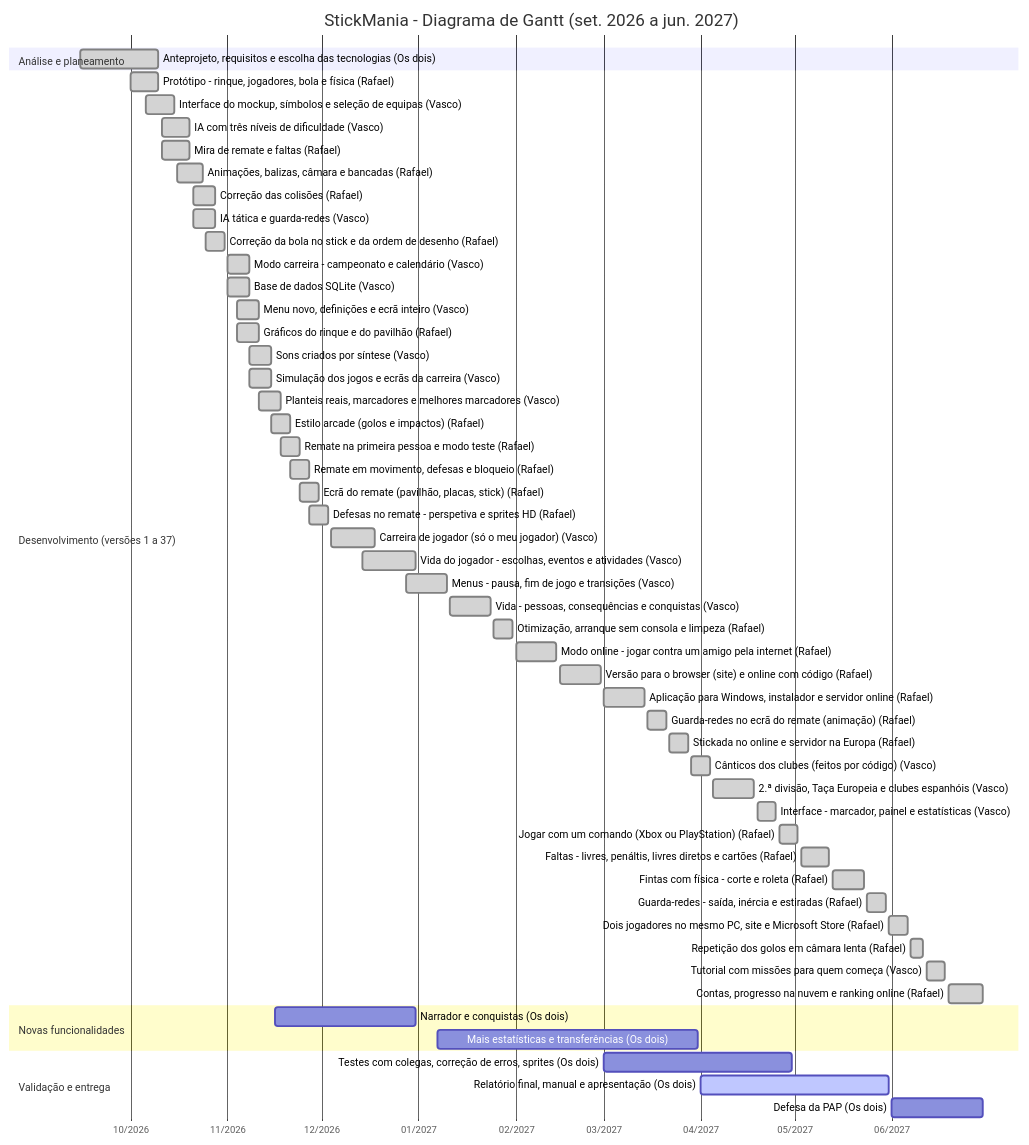
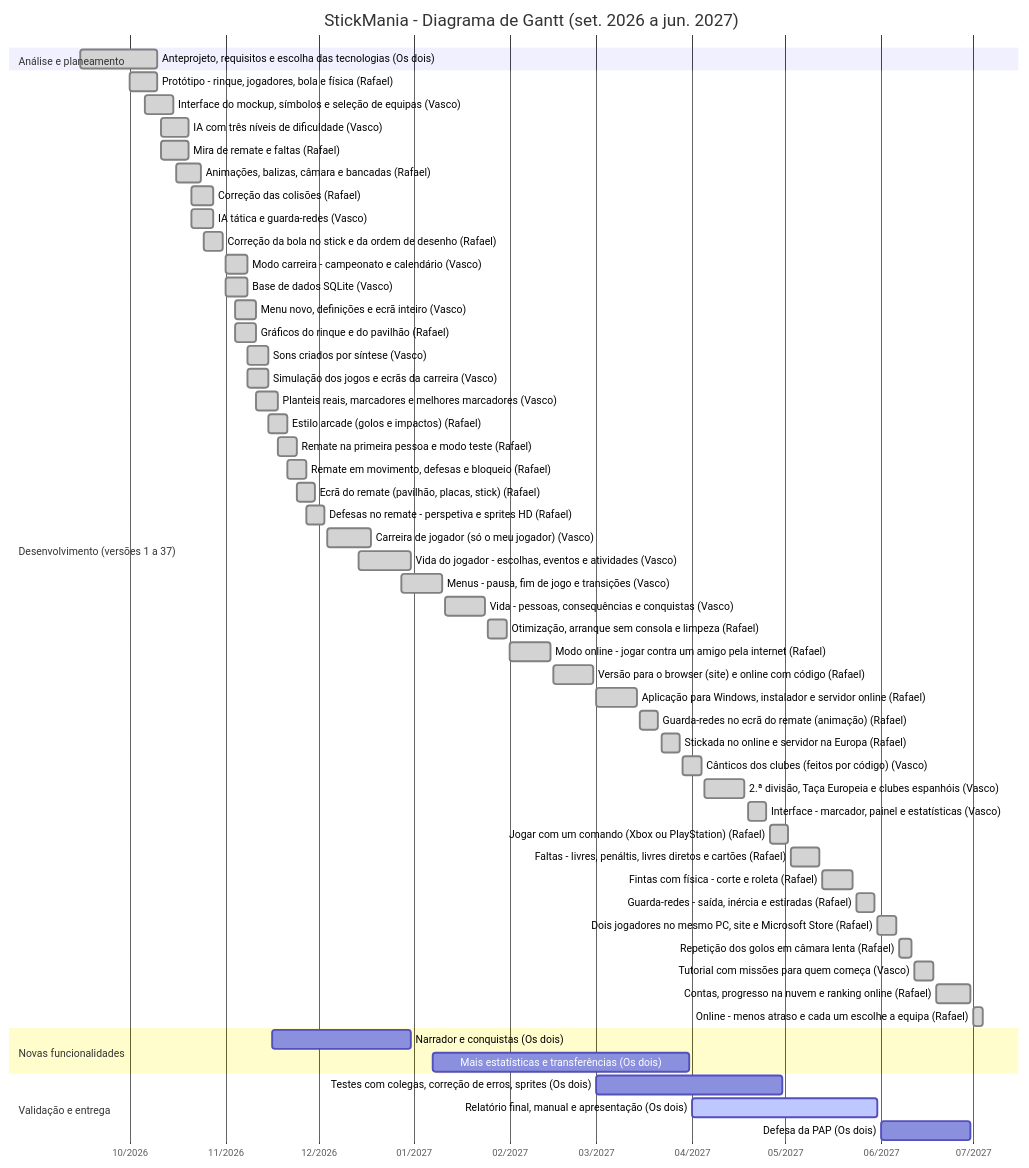
One commit to RafaelSilveira23/Stickmaniapap changed the diagram in docs/GANTT.md. Above: the diagram before and after it, drawn with Mermaid. The commit also changed other lines of this file and 18 other files, not shown here.

Commit message:
v42: menos atraso no online (TCP_NODELAY) e cada jogador escolhe a sua equipa

````diff
--- a/docs/GANTT.md
+++ b/docs/GANTT.md
@@ -13,59 +13,60 @@
 ```mermaid
 gantt
     title StickMania - Diagrama de Gantt (set. 2026 a jun. 2027)
     dateFormat YYYY-MM-DD
     axisFormat %m/%Y
     tickInterval 1month
     todayMarker off
     section Análise e planeamento
     Anteprojeto, requisitos e escolha das tecnologias (Os dois) :done, t1, 2026-09-15, 2026-10-10
     section Desenvolvimento (versões 1 a 37)
     Protótipo - rinque, jogadores, bola e física (Rafael) :done, t2, 2026-10-01, 2026-10-10
     Interface do mockup, símbolos e seleção de equipas (Vasco) :done, t3, 2026-10-06, 2026-10-15
     IA com três níveis de dificuldade (Vasco) :done, t4, 2026-10-11, 2026-10-20
     Mira de remate e faltas (Rafael) :done, t5, 2026-10-11, 2026-10-20
     Animações, balizas, câmara e bancadas (Rafael) :done, t6, 2026-10-16, 2026-10-24
     Correção das colisões (Rafael) :done, t7, 2026-10-21, 2026-10-28
     IA tática e guarda-redes (Vasco) :done, t8, 2026-10-21, 2026-10-28
     Correção da bola no stick e da ordem de desenho (Rafael) :done, t9, 2026-10-25, 2026-10-31
     Modo carreira - campeonato e calendário (Vasco) :done, t10, 2026-11-01, 2026-11-08
     Base de dados SQLite (Vasco) :done, t11, 2026-11-01, 2026-11-08
     Menu novo, definições e ecrã inteiro (Vasco) :done, t12, 2026-11-04, 2026-11-11
     Gráficos do rinque e do pavilhão (Rafael) :done, t13, 2026-11-04, 2026-11-11
     Sons criados por síntese (Vasco) :done, t14, 2026-11-08, 2026-11-15
     Simulação dos jogos e ecrãs da carreira (Vasco) :done, t15, 2026-11-08, 2026-11-15
     Planteis reais, marcadores e melhores marcadores (Vasco) :done, t16, 2026-11-11, 2026-11-18
     Estilo arcade (golos e impactos) (Rafael) :done, t17, 2026-11-15, 2026-11-21
     Remate na primeira pessoa e modo teste (Rafael) :done, t18, 2026-11-18, 2026-11-24
     Remate em movimento, defesas e bloqueio (Rafael) :done, t19, 2026-11-21, 2026-11-27
     Ecrã do remate (pavilhão, placas, stick) (Rafael) :done, t20, 2026-11-24, 2026-11-30
     Defesas no remate - perspetiva e sprites HD (Rafael) :done, t21, 2026-11-27, 2026-12-03
     Carreira de jogador (só o meu jogador) (Vasco) :done, t22, 2026-12-04, 2026-12-18
     Vida do jogador - escolhas, eventos e atividades (Vasco) :done, t23, 2026-12-14, 2026-12-31
     Menus - pausa, fim de jogo e transições (Vasco) :done, t24, 2026-12-28, 2027-01-10
     Vida - pessoas, consequências e conquistas (Vasco) :done, t25, 2027-01-11, 2027-01-24
     Otimização, arranque sem consola e limpeza (Rafael) :done, t26, 2027-01-25, 2027-01-31
     Modo online - jogar contra um amigo pela internet (Rafael) :done, t27, 2027-02-01, 2027-02-14
     Versão para o browser (site) e online com código (Rafael) :done, t28, 2027-02-15, 2027-02-28
     Aplicação para Windows, instalador e servidor online (Rafael) :done, t29, 2027-03-01, 2027-03-14
     Guarda-redes no ecrã do remate (animação) (Rafael) :done, t30, 2027-03-15, 2027-03-21
     Stickada no online e servidor na Europa (Rafael) :done, t31, 2027-03-22, 2027-03-28
     Cânticos dos clubes (feitos por código) (Vasco) :done, t32, 2027-03-29, 2027-04-04
     2.ª divisão, Taça Europeia e clubes espanhóis (Vasco) :done, t33, 2027-04-05, 2027-04-18
     Interface - marcador, painel e estatísticas (Vasco) :done, t34, 2027-04-19, 2027-04-25
     Jogar com um comando (Xbox ou PlayStation) (Rafael) :done, t35, 2027-04-26, 2027-05-02
     Faltas - livres, penáltis, livres diretos e cartões (Rafael) :done, t36, 2027-05-03, 2027-05-12
     Fintas com física - corte e roleta (Rafael) :done, t37, 2027-05-13, 2027-05-23
     Guarda-redes - saída, inércia e estiradas (Rafael) :done, t38, 2027-05-24, 2027-05-30
     Dois jogadores no mesmo PC, site e Microsoft Store (Rafael) :done, t39, 2027-05-31, 2027-06-06
     Repetição dos golos em câmara lenta (Rafael) :done, t40, 2027-06-07, 2027-06-11
     Tutorial com missões para quem começa (Vasco) :done, t41, 2027-06-12, 2027-06-18
     Contas, progresso na nuvem e ranking online (Rafael) :done, t42, 2027-06-19, 2027-06-30
+    Online - menos atraso e cada um escolhe a equipa (Rafael) :done, t43, 2027-07-01, 2027-07-04
     section Novas funcionalidades
-    Narrador e conquistas (Os dois) :t43, 2026-11-16, 2026-12-31
-    Mais estatísticas e transferências (Os dois) :t44, 2027-01-07, 2027-03-31
+    Narrador e conquistas (Os dois) :t44, 2026-11-16, 2026-12-31
+    Mais estatísticas e transferências (Os dois) :t45, 2027-01-07, 2027-03-31
     section Validação e entrega
-    Testes com colegas, correção de erros, sprites (Os dois) :t45, 2027-03-01, 2027-04-30
-    Relatório final, manual e apresentação (Os dois) :active, t46, 2027-04-01, 2027-05-31
-    Defesa da PAP (Os dois) :t47, 2027-06-01, 2027-06-30
+    Testes com colegas, correção de erros, sprites (Os dois) :t46, 2027-03-01, 2027-04-30
+    Relatório final, manual e apresentação (Os dois) :active, t47, 2027-04-01, 2027-05-31
+    Defesa da PAP (Os dois) :t48, 2027-06-01, 2027-06-30
 ```
````
